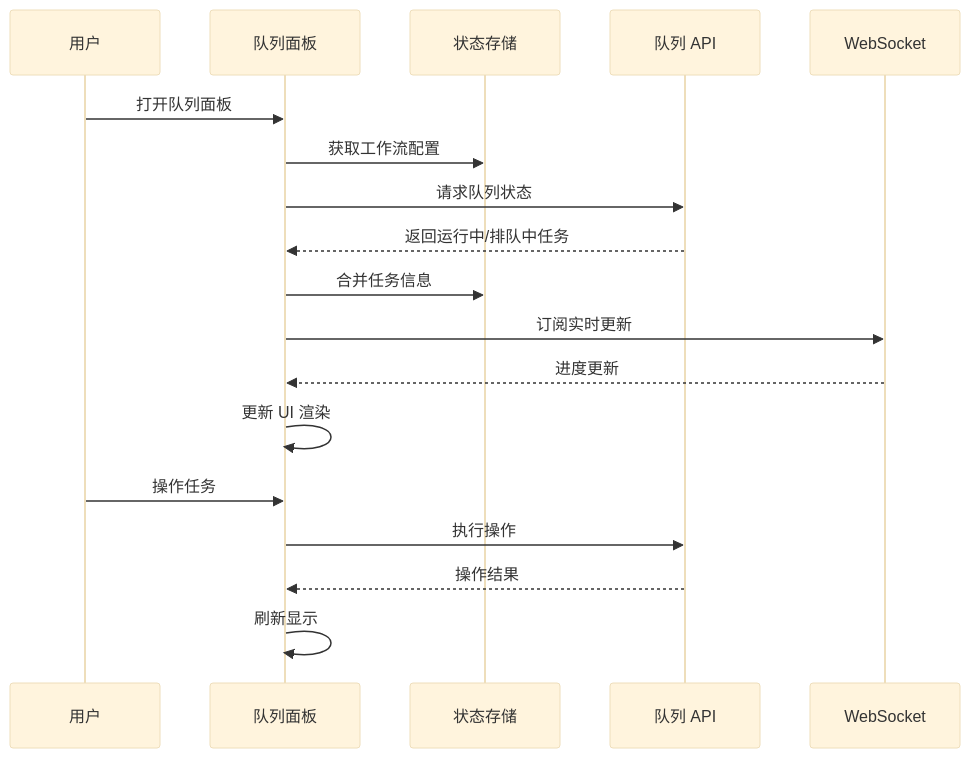
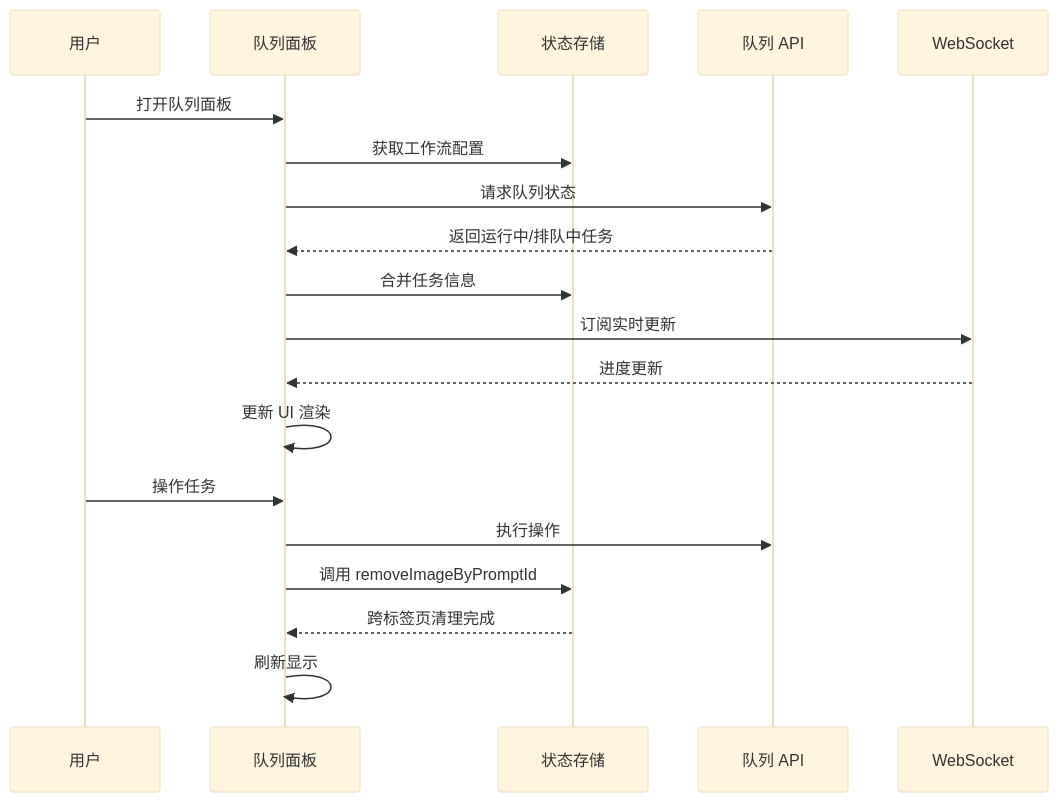
The fifth of 11 diagrams in .qoder/repowiki/zh/content/前端应用/UI 组件库/队列面板组件.md (billye220670/CorineKit_Pix2Real), drawn with Mermaid (base theme) before and after one commit. The commit also changed other lines of this file and 54 other files, not shown here.

First line of the commit message:
feat: 模型下拉菜单元数据管理（缩略图+重命名）及session mask恢复优化

````diff
--- a/.qoder/repowiki/zh/content/前端应用/UI 组件库/队列面板组件.md
+++ b/.qoder/repowiki/zh/content/前端应用/UI 组件库/队列面板组件.md
@@ -185,20 +195,21 @@
 ```mermaid
 sequenceDiagram
 participant User as 用户
 participant QueuePanel as 队列面板
 participant Store as 状态存储
 participant API as 队列 API
 participant WS as WebSocket
 User->>QueuePanel : 打开队列面板
 QueuePanel->>Store : 获取工作流配置
 QueuePanel->>API : 请求队列状态
 API-->>QueuePanel : 返回运行中/排队中任务
 QueuePanel->>Store : 合并任务信息
 QueuePanel->>WS : 订阅实时更新
 WS-->>QueuePanel : 进度更新
 QueuePanel->>QueuePanel : 更新 UI 渲染
 User->>QueuePanel : 操作任务
 QueuePanel->>API : 执行操作
-API-->>QueuePanel : 操作结果
+QueuePanel->>Store : 调用 removeImageByPromptId
+Store-->>QueuePanel : 跨标签页清理完成
 QueuePanel->>QueuePanel : 刷新显示
 ```
````
